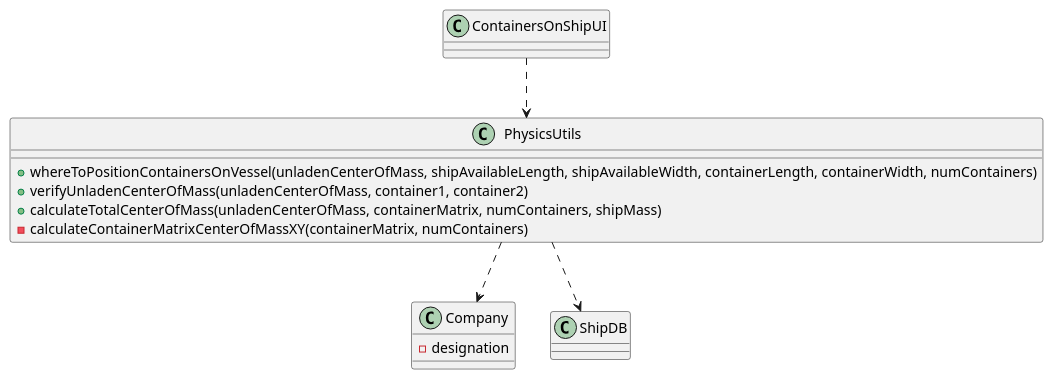
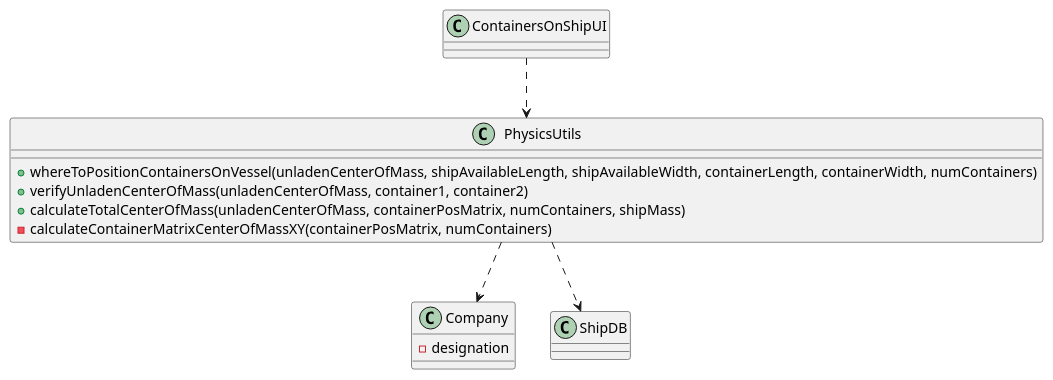
The diagram in docs/Sprint4/US419/US419_CD.puml (mpoboas/lapr3-2021-g102), drawn with PlantUML before and after one commit. The commit also changed 6 other files, not shown here.

```diff
--- a/docs/Sprint4/US419/US419_CD.puml
+++ b/docs/Sprint4/US419/US419_CD.puml
@@ -1,22 +1,22 @@
 @startuml
 'https://plantuml.com/class-diagram
 
 class Company {
 -designation
 }
 
 class ContainersOnShipUI {
 }
 
 class PhysicsUtils {
 +whereToPositionContainersOnVessel(unladenCenterOfMass, shipAvailableLength, shipAvailableWidth, containerLength, containerWidth, numContainers)
 +verifyUnladenCenterOfMass(unladenCenterOfMass, container1, container2)
-+calculateTotalCenterOfMass(unladenCenterOfMass, containerMatrix, numContainers, shipMass)
--calculateContainerMatrixCenterOfMassXY(containerMatrix, numContainers)
++calculateTotalCenterOfMass(unladenCenterOfMass, containerPosMatrix, numContainers, shipMass)
+-calculateContainerMatrixCenterOfMassXY(containerPosMatrix, numContainers)
 }
 
 ContainersOnShipUI ..> PhysicsUtils
 PhysicsUtils ..> ShipDB
 PhysicsUtils ..> Company
 
 @enduml
```
